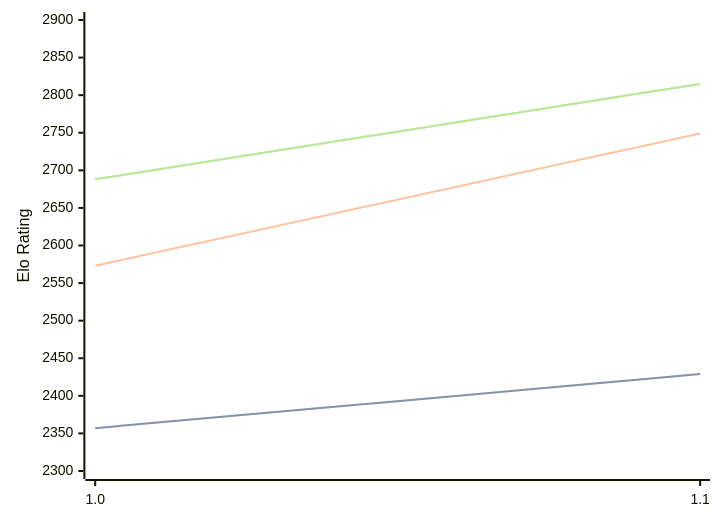
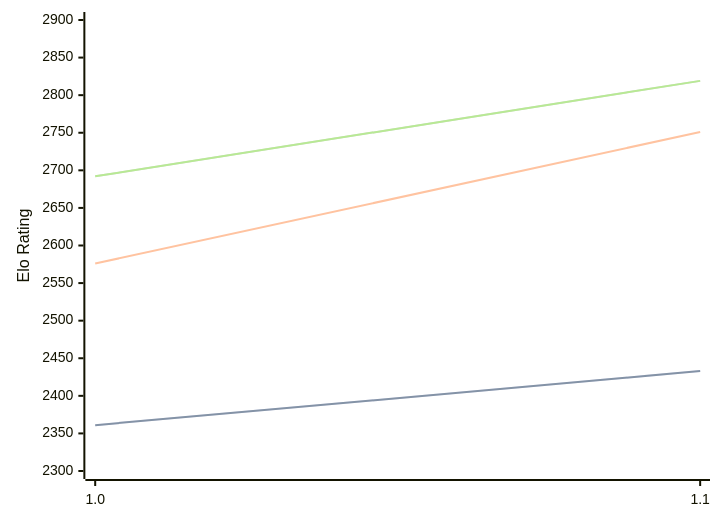
The diagram in engines/FoxChess.md (computer-chess-index/cci), drawn with Mermaid before and after one commit. The commit also changed other lines of this file, not shown here.

Commit message:
Update CCI Ratings (ELO VLTC) - 2026-04-30

````diff
--- a/engines/FoxChess.md
+++ b/engines/FoxChess.md
@@ -32,11 +32,11 @@
 ```mermaid
 %%{init: {"theme":"base","themeVariables":{"seriesColors:['#a3a3a3','#222221','#faa371']}}}%%
 xychart-beta
   x-axis ["1.0", "1.1"]
   y-axis "Elo Rating" 2300 --> 2900
-  line "STC (8.0+0.08s)" [2357, 2429]
-  line "STC (8.0+0.08s)" [2357, 2429]
-  line "LTC (60.0+0.60s)" [2573, 2749]
-  line "VLTC (2m24s+1.12s)" [2688, 2815]
-  line "VLTC (2m24s+1.12s)" [2688, 2815]
+  line "STC (8.0+0.08s)" [2361, 2433]
+  line "STC (8.0+0.08s)" [2361, 2433]
+  line "LTC (60.0+0.60s)" [2576, 2751]
+  line "VLTC (2m24s+1.12s)" [2692, 2819]
+  line "VLTC (2m24s+1.12s)" [2692, 2819]
 ```
````
